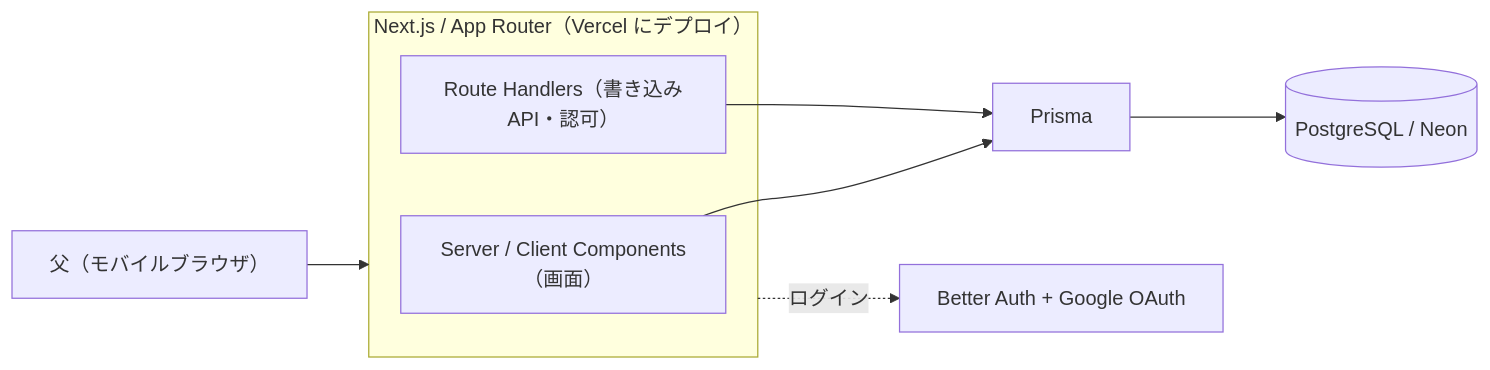
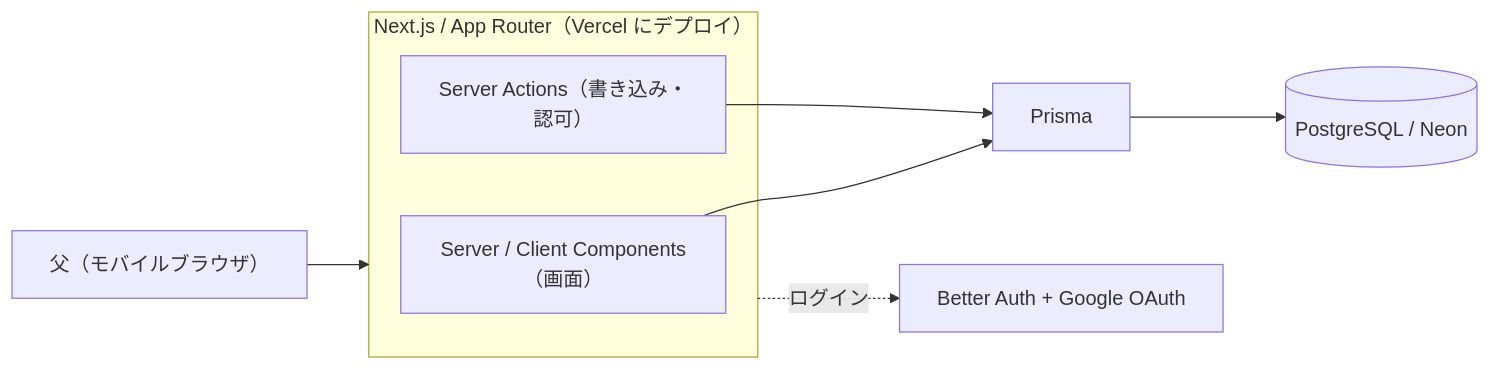
Before and after one commit to hduehgw0/mycellar: the diagram in README.md, drawn with Mermaid. The commit also changed other lines of this file and 3 other files, not shown here.

Commit message:
docs: コメントと README の書き込みの説明を Server Actions に合わせる

````diff
--- a/README.md
+++ b/README.md
@@ -27,11 +27,11 @@
 ```mermaid
 flowchart LR
     U["父（モバイルブラウザ）"] --> APP
     subgraph APP["Next.js / App Router（Vercel にデプロイ）"]
       UI["Server / Client Components（画面）"]
-      API["Route Handlers（書き込みAPI・認可）"]
+      ACT["Server Actions（書き込み・認可）"]
     end
-    API --> P["Prisma"] --> DB[("PostgreSQL / Neon")]
+    ACT --> P["Prisma"] --> DB[("PostgreSQL / Neon")]
     UI --> P
     APP -. ログイン .-> AUTH["Better Auth + Google OAuth"]
 ```
````
